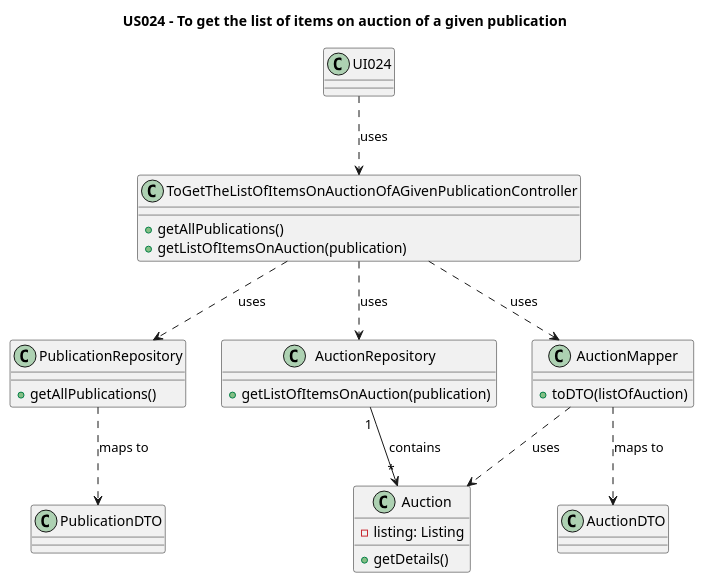
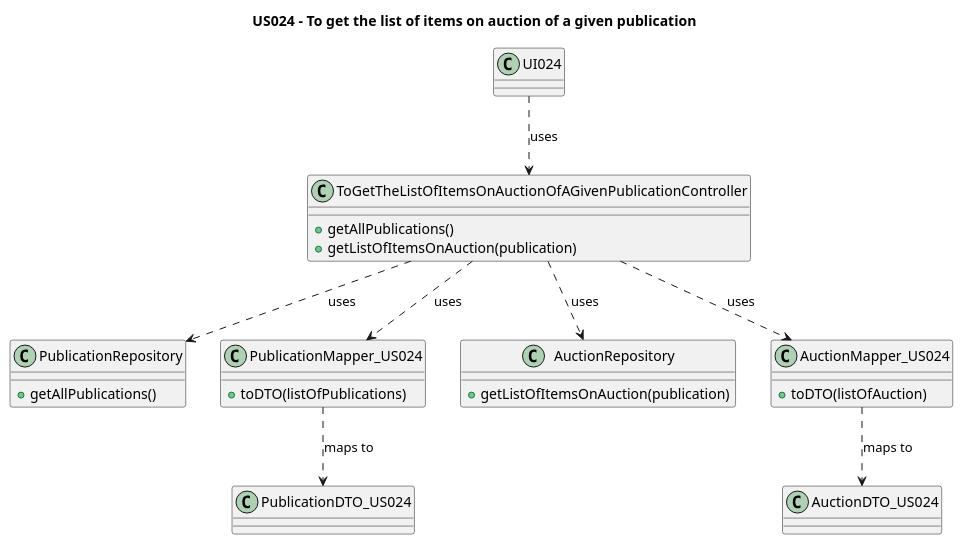
Before and after one commit to AndrePereiraGitH/SWitCH-Project-Team_A: the diagram in Diagrams/ClassDiagrams/US024-to-get-the-list-of-items-on-auction-of-a-given-publication.puml, drawn with PlantUML. The commit also changed 7 other files, not shown here.

```diff
--- a/Diagrams/ClassDiagrams/US024-to-get-the-list-of-items-on-auction-of-a-given-publication.puml
+++ b/Diagrams/ClassDiagrams/US024-to-get-the-list-of-items-on-auction-of-a-given-publication.puml
@@ -1,84 +1,91 @@
 @startuml
 title US024 - To get the list of items on auction of a given publication
 
 class UI024 {
 
 }
 
 class ToGetTheListOfItemsOnAuctionOfAGivenPublicationController {
   +getAllPublications()
   +getListOfItemsOnAuction(publication)
 }
 
 class PublicationRepository{
     +getAllPublications()
 }
 
-class PublicationDTO {
+class PublicationDTO_US024 {
+}
+
+class PublicationMapper_US024 {
+  +toDTO(listOfPublications)
 }
 
 class AuctionRepository {
   +getListOfItemsOnAuction(publication)
 }
 
+/'
 class Auction {
  - listing: Listing
    +getDetails()
 }
+'/
 
-class AuctionMapper {
+class AuctionMapper_US024 {
   +toDTO(listOfAuction)
 }
 
-class AuctionDTO {
+class AuctionDTO_US024 {
 }
 
 /'
 class Listing {
   - item: Item
   - saleType: SaleType
 }
 
 enum SaleType {
     DIRECT_SALE
     AUCTION
 }
 
 ' class Item {
 '    - bibliographicalData: BibliographicalData
 '}
 
 class Item {
     - publication: publication
 }
 
 class Publication {
     - bibliographicalData: BibliographicalData
     - code: Code
 }
 
 class BibliographicalData {
     - title: String
 }
 '/
 
 ' Interactions
 
 UI024 ..> ToGetTheListOfItemsOnAuctionOfAGivenPublicationController: uses
 ToGetTheListOfItemsOnAuctionOfAGivenPublicationController ..> AuctionRepository : uses
 ToGetTheListOfItemsOnAuctionOfAGivenPublicationController ..> PublicationRepository : uses
-PublicationRepository ..> PublicationDTO : maps to
-AuctionRepository "1" --> "*" Auction : contains
-ToGetTheListOfItemsOnAuctionOfAGivenPublicationController ..> AuctionMapper : uses
-AuctionMapper ..> AuctionDTO : maps to
-AuctionMapper ..> Auction : uses
+PublicationMapper_US024 ..> PublicationDTO_US024 : maps to
+'AuctionRepository "1" --> "*" Auction : contains
+ToGetTheListOfItemsOnAuctionOfAGivenPublicationController ..> AuctionMapper_US024 : uses
+ToGetTheListOfItemsOnAuctionOfAGivenPublicationController ..> PublicationMapper_US024 : uses
+AuctionMapper_US024 ..> AuctionDTO_US024 : maps to
+'AuctionMapper_US024 ..> Auction : uses
 /'
 Auction "0..1" -- "1" Listing : has
 Listing "                                *" -- "1" SaleType : can be\nsold by >
 Listing "1" -- "1..*  " Item : lists an >
 ' Item "*" -- "1" BibliographicalData: has >
 Item "*" -- "1" Publication: refers to a >
 Publication "*" -- "1" BibliographicalData: has >
 '/
 
 @enduml
```
